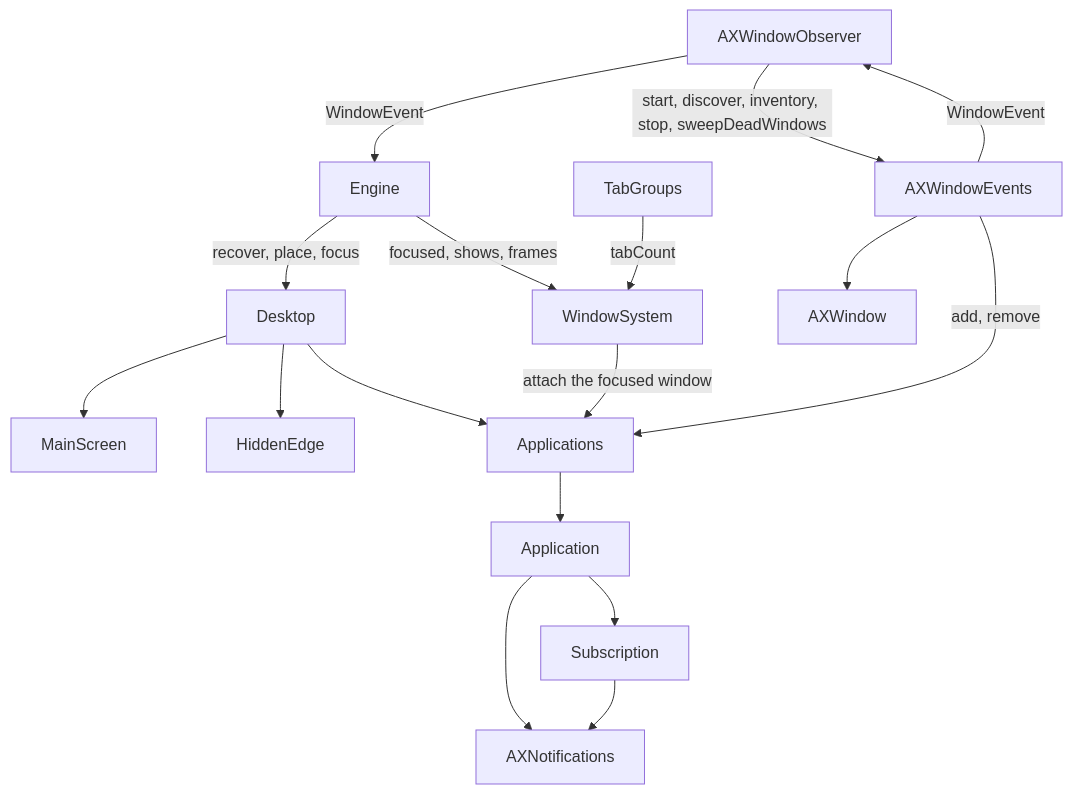
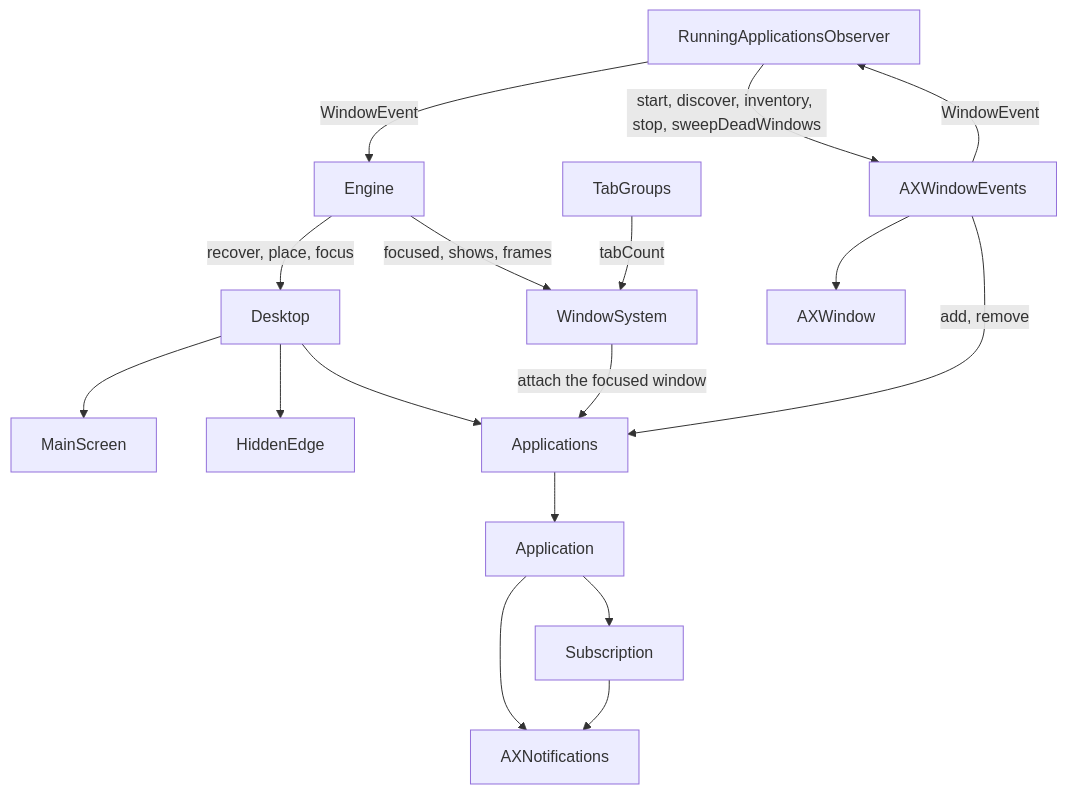
Before and after one commit to brennovich/ottowm: the fifth of 18 diagrams in ARCHITECTURE.md, drawn with Mermaid. The commit also changed other lines of this file and 5 other files, not shown here.

First line of the commit message:
Rename AXWindowObserver to RunningApplicationsObserver

````diff
--- a/ARCHITECTURE.md
+++ b/ARCHITECTURE.md
@@ -133,19 +133,19 @@
 ```mermaid
 flowchart TB
     Engine -->|recover, place, focus| Desktop
     Engine -->|focused, shows, frames| WindowSystem
     TabGroups -->|tabCount| WindowSystem
-    AXWindowObserver -->|WindowEvent| Engine
+    RunningApplicationsObserver -->|WindowEvent| Engine
     Desktop --> MainScreen
     Desktop --> HiddenEdge
     Desktop --> Applications
     WindowSystem -->|attach the focused window| Applications
-    AXWindowObserver -->|start, discover, inventory, stop, sweepDeadWindows| AXWindowEvents
-    AXWindowEvents -->|WindowEvent| AXWindowObserver
+    RunningApplicationsObserver -->|start, discover, inventory, stop, sweepDeadWindows| AXWindowEvents
+    AXWindowEvents -->|WindowEvent| RunningApplicationsObserver
     AXWindowEvents -->|add, remove| Applications
     Applications --> Application
     Application --> Subscription
     Application --> AXNotifications
     Subscription --> AXNotifications
     AXWindowEvents --> AXWindow
 ```
````
